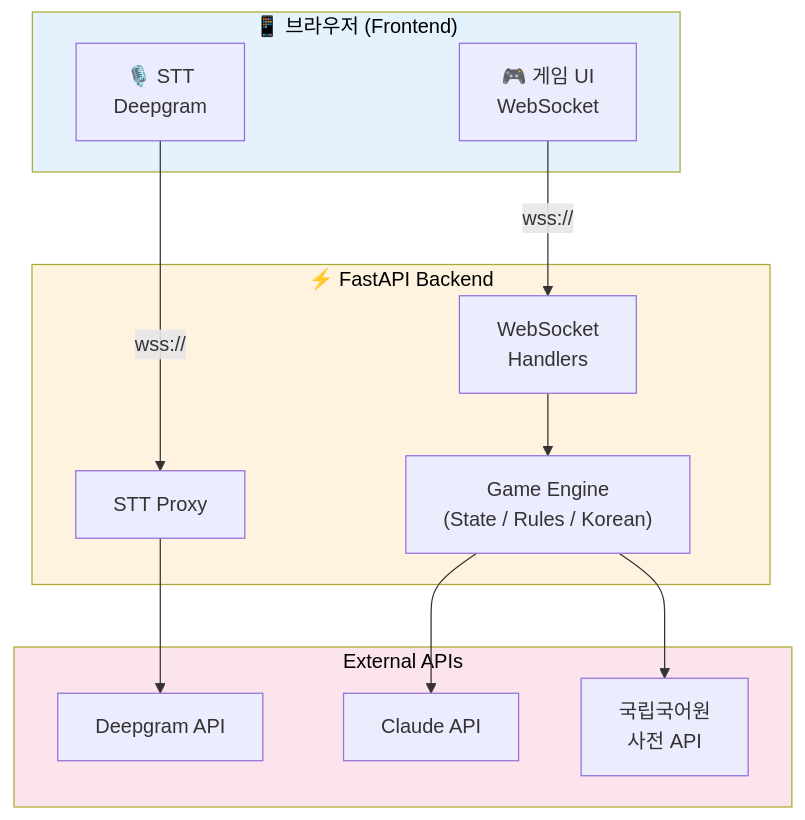
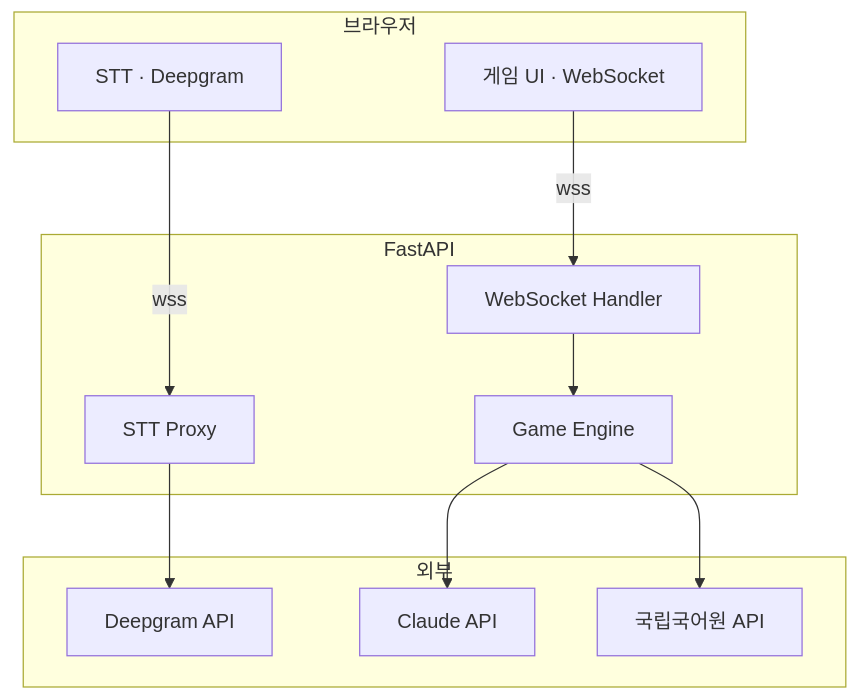
One commit to Technoetic/word-chain-game changed the second of 7 diagrams in README.md. Above: the diagram before and after it, drawn with Mermaid. The commit also changed other lines of this file, not shown here.

````diff
--- a/README.md
+++ b/README.md
@@ -65,30 +35,26 @@
 ```mermaid
 flowchart TB
-    subgraph Browser ["📱 브라우저 (Frontend)"]
-        STT_UI["🎙️ STT\nDeepgram"]
-        GAME_UI["🎮 게임 UI\nWebSocket"]
+    subgraph 브라우저
+        STT["STT · Deepgram"]
+        UI["게임 UI · WebSocket"]
     end
 
-    subgraph Server ["⚡ FastAPI Backend"]
-        STT_PROXY["STT Proxy"]
-        WS_HANDLER["WebSocket\nHandlers"]
-        ENGINE["Game Engine\n(State / Rules / Korean)"]
+    subgraph 서버["FastAPI"]
+        PROXY["STT Proxy"]
+        WS["WebSocket Handler"]
+        ENGINE["Game Engine"]
     end
 
-    subgraph APIs ["External APIs"]
-        DEEPGRAM["Deepgram API"]
-        CLAUDE["Claude API"]
-        DICT["국립국어원\n사전 API"]
+    subgraph 외부
+        DG["Deepgram API"]
+        CL["Claude API"]
+        KR["국립국어원 API"]
     end
 
-    STT_UI -->|wss://| STT_PROXY
-    GAME_UI -->|wss://| WS_HANDLER
-    WS_HANDLER --> ENGINE
-    STT_PROXY --> DEEPGRAM
-    ENGINE --> CLAUDE
-    ENGINE --> DICT
-
-    style Browser fill:#e3f2fd,color:#000
-    style Server fill:#fff3e0,color:#000
-    style APIs fill:#fce4ec,color:#000
+    STT -->|wss| PROXY
+    UI -->|wss| WS
+    WS --> ENGINE
+    PROXY --> DG
+    ENGINE --> CL
+    ENGINE --> KR
 ```
````
